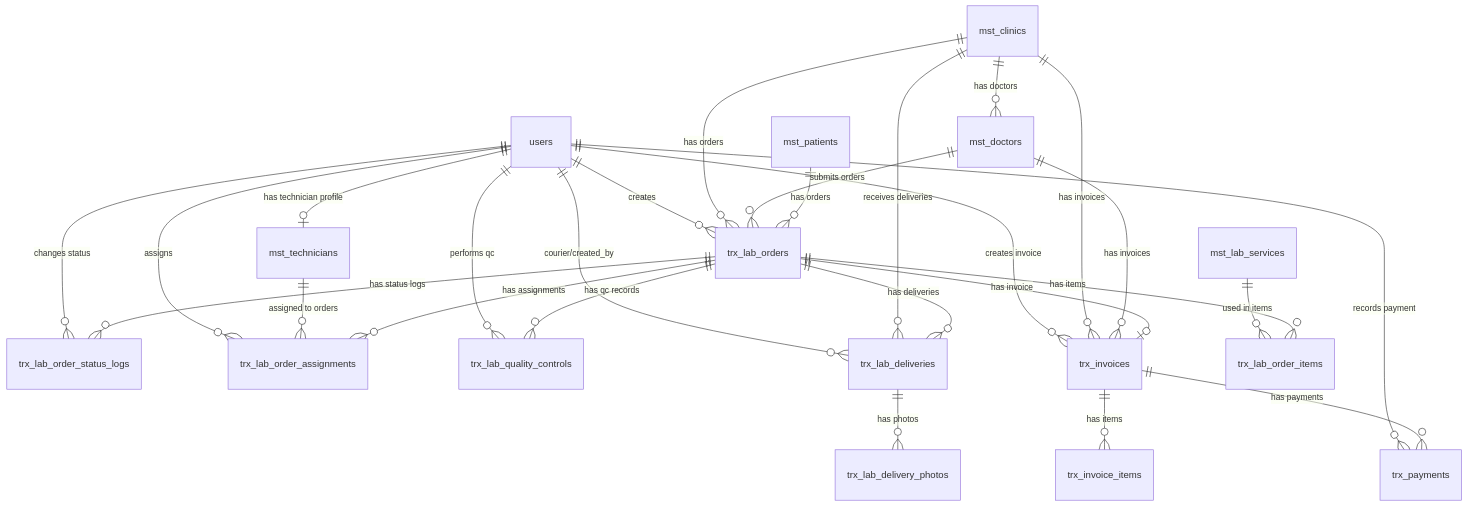
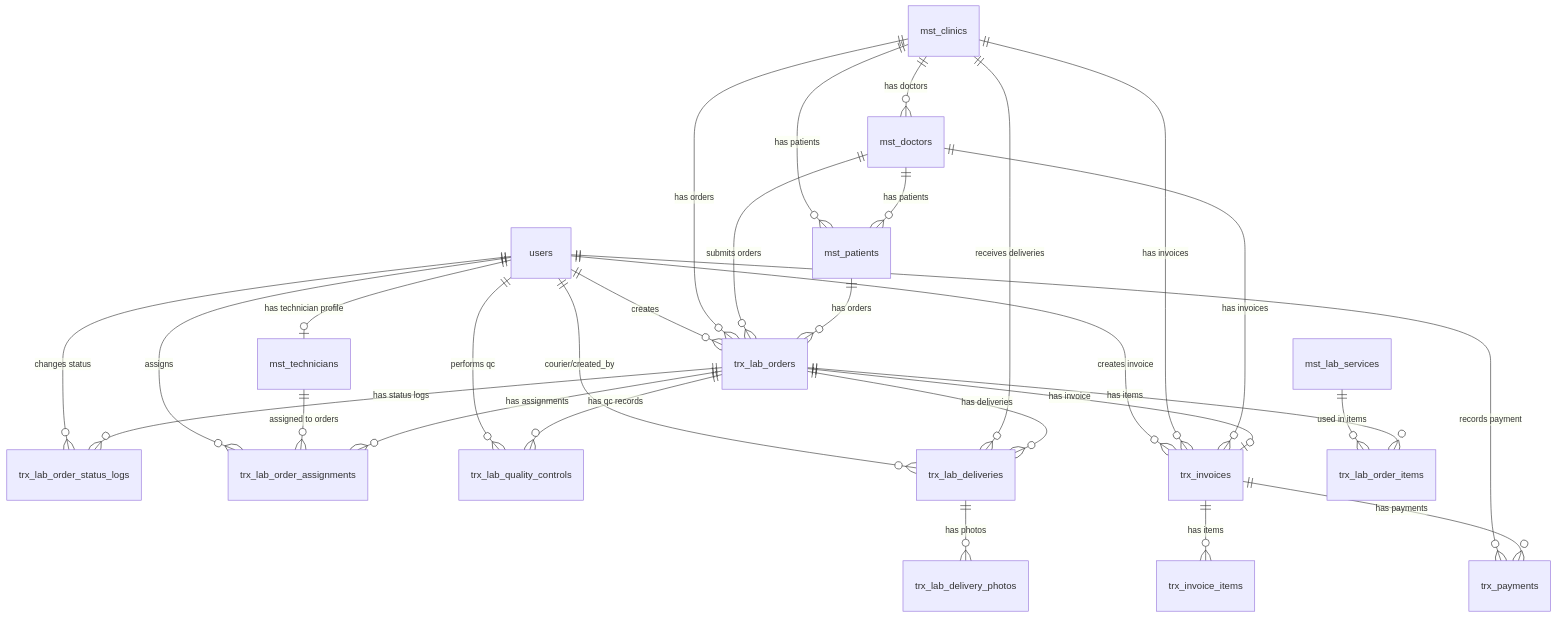
One commit to makemesick91-code/new_lab_app changed the diagram in docs/erd.md. Above: the diagram before and after it, drawn with Mermaid. The commit also changed other lines of this file and 85 other files, not shown here.

````diff
--- a/docs/erd.md
+++ b/docs/erd.md
@@ -119,38 +121,40 @@
 ```mermaid
 erDiagram
 
     users ||--o| mst_technicians : "has technician profile"
     users ||--o{ trx_lab_orders : "creates"
     users ||--o{ trx_lab_order_status_logs : "changes status"
     users ||--o{ trx_lab_order_assignments : "assigns"
     users ||--o{ trx_lab_quality_controls : "performs qc"
     users ||--o{ trx_lab_deliveries : "courier/created_by"
     users ||--o{ trx_invoices : "creates invoice"
     users ||--o{ trx_payments : "records payment"
 
     mst_clinics ||--o{ mst_doctors : "has doctors"
+    mst_clinics ||--o{ mst_patients : "has patients"
     mst_clinics ||--o{ trx_lab_orders : "has orders"
     mst_clinics ||--o{ trx_lab_deliveries : "receives deliveries"
     mst_clinics ||--o{ trx_invoices : "has invoices"
 
+    mst_doctors ||--o{ mst_patients : "has patients"
     mst_doctors ||--o{ trx_lab_orders : "submits orders"
     mst_doctors ||--o{ trx_invoices : "has invoices"
 
     mst_patients ||--o{ trx_lab_orders : "has orders"
 
     mst_lab_services ||--o{ trx_lab_order_items : "used in items"
 
     mst_technicians ||--o{ trx_lab_order_assignments : "assigned to orders"
 
     trx_lab_orders ||--o{ trx_lab_order_items : "has items"
     trx_lab_orders ||--o{ trx_lab_order_status_logs : "has status logs"
     trx_lab_orders ||--o{ trx_lab_order_assignments : "has assignments"
     trx_lab_orders ||--o{ trx_lab_quality_controls : "has qc records"
     trx_lab_orders ||--o{ trx_lab_deliveries : "has deliveries"
     trx_lab_orders ||--o| trx_invoices : "has invoice"
 
     trx_lab_deliveries ||--o{ trx_lab_delivery_photos : "has photos"
 
     trx_invoices ||--o{ trx_invoice_items : "has items"
     trx_invoices ||--o{ trx_payments : "has payments"
 ```
````
